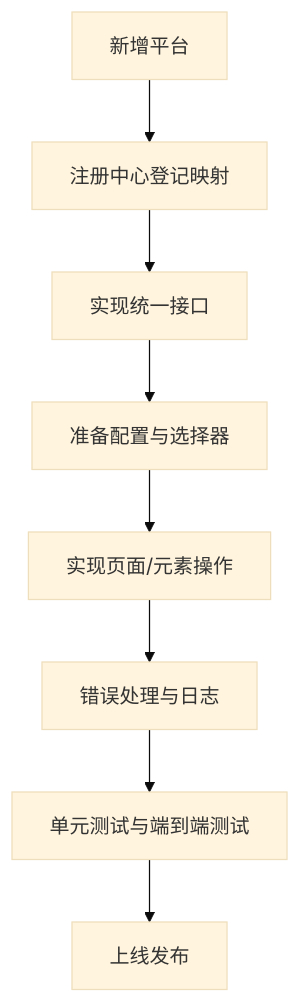
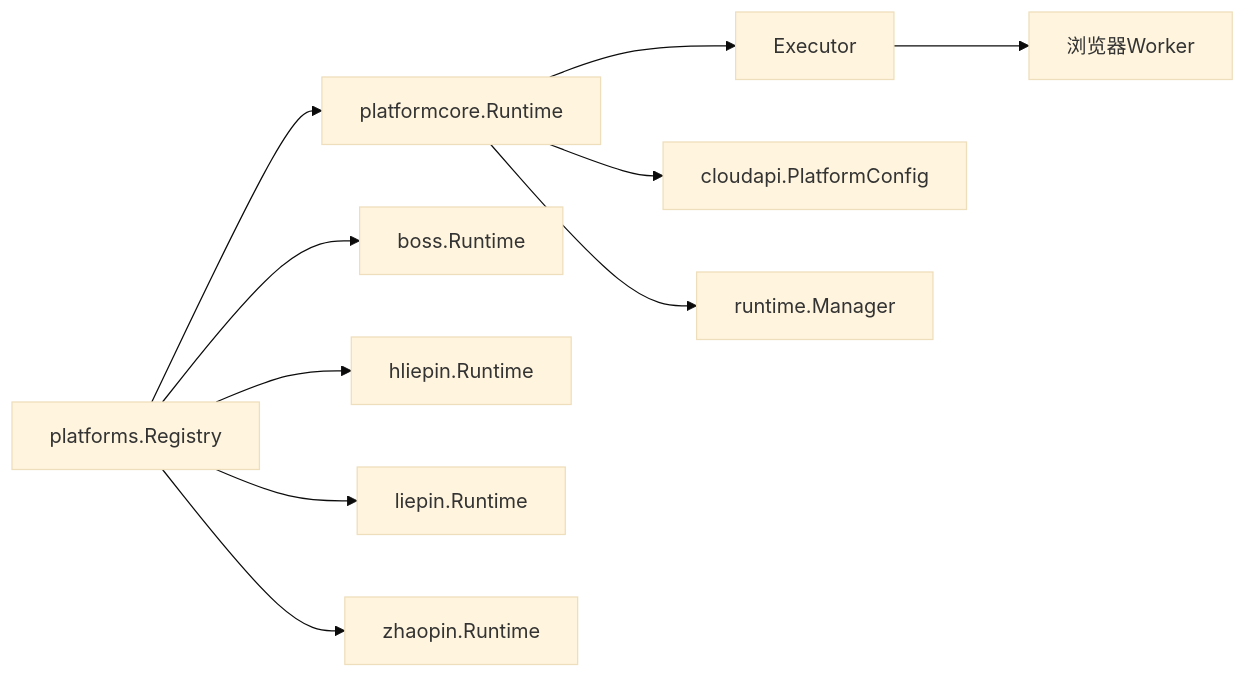
One commit to alvinwangzi/goodhr changed the seventh of 7 diagrams in .qoder/repowiki/zh/content/系统架构/本地Agent架构/平台适配器系统/平台注册中心.md. Above: the diagram before and after it, drawn with Mermaid (base theme). The commit also changed other lines of this file and 149 other files, not shown here.

````diff
--- a/.qoder/repowiki/zh/content/系统架构/本地Agent架构/平台适配器系统/平台注册中心.md
+++ b/.qoder/repowiki/zh/content/系统架构/本地Agent架构/平台适配器系统/平台注册中心.md
@@ -354,10 +291,12 @@
 ```mermaid
-flowchart TD
-A["新增平台"] --> B["注册中心登记映射"]
-B --> C["实现统一接口"]
-C --> D["准备配置与选择器"]
-D --> E["实现页面/元素操作"]
-E --> F["错误处理与日志"]
-F --> G["单元测试与端到端测试"]
-G --> H["上线发布"]
+graph LR
+REG["platforms.Registry"] --> CORE["platformcore.Runtime"]
+REG --> BOSS["boss.Runtime"]
+REG --> HLPIN["hliepin.Runtime"]
+REG --> LEPIN["liepin.Runtime"]
+REG --> ZP["zhaopin.Runtime"]
+CORE --> EXEC["Executor"]
+EXEC --> WORKER["浏览器Worker"]
+CORE --> CFG["cloudapi.PlatformConfig"]
+CORE --> RMGR["runtime.Manager"]
 ```
````
